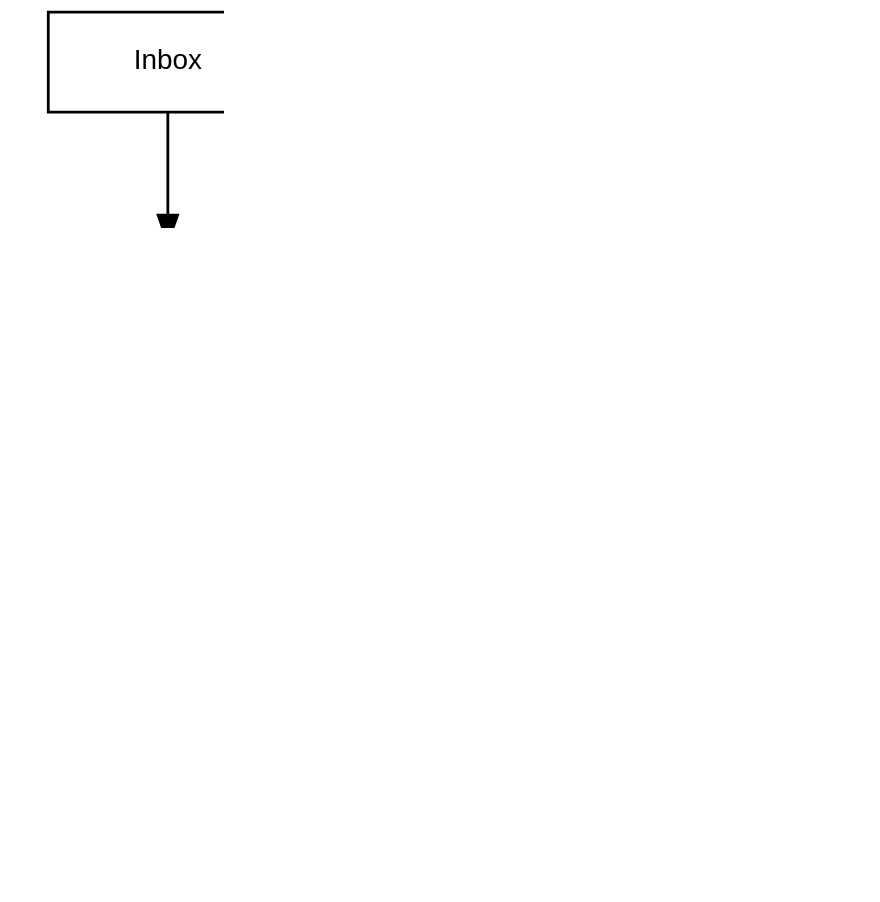
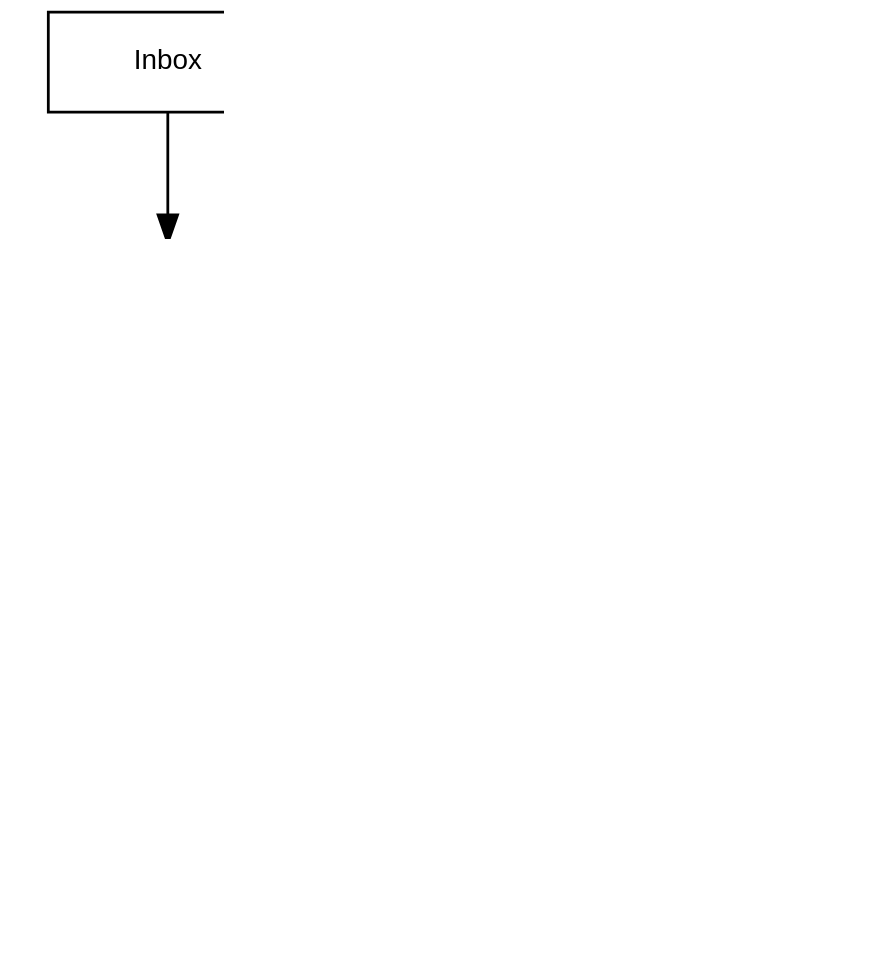
The diagram in documents/book/08-administration.org (pprevos/emacs-writing-studio), drawn with Graphviz before and after one commit. The commit also changed other lines of this file, not shown here.

```diff
--- a/documents/book/08-administration.org
+++ b/documents/book/08-administration.org
@@ -29,26 +169,28 @@
 #+begin_src dot :file images/todo-workflow.png
   digraph {
-	  graph [dpi=300]
-  node [fontname=Arial fontsize=10]
-  edge [fontname=Arial fontsize=10]
-  inbox [shape=note label="Inbox"  width=1.2]
-  action [shape=diamond label="Take\naction?" width=1.5]
-  two [shape=diamond width=1.2 label="> 2\nminutes?"]
-  archive[shape=diamond width=1.2 label="Archive?"]
-  do [label="Do it!" shape=hexagon width =1.2 style=filled]
-  trash [shape=cylinder label="Trash"]
-  denote [shape=folder label="Add to\nDenote" width=1.2]
-  todo [shape=note label="Add to todo list" width=1.2]
-  inbox -> action
-  action -> two [label=Yes]
-  action -> archive [constraint=FALSE label=No]
-  archive -> trash [label=No constraint=FALSE]
-  two -> do [constraint=FALSE label=No]
-  do -> archive
-  archive -> denote [label=Yes]
-  two -> todo [label=Yes]
-  {rank=same two do}
-  {rank=same action archive trash}
-  {rank=same inbox denote}
+    graph [dpi=300]
+    node [fontname=Arial fontsize=10]
+    edge [fontname=Arial fontsize=10]
+    inbox [shape=note label="Inbox"  width=1.2]
+    action [shape=diamond label="Take\naction?" width=1.5]
+    two [shape=diamond width=1.2 label="< two\nminutes?"  width=1.5]
+    archive[shape=diamond width=1.2 label="Archive?"]
+    do [label="Do it" shape=rect width =1.2 style=filled]
+    trash [shape=cylinder label="Trash"]
+    denote [shape=folder label="Add to\nDenote" width=1.2]
+    todo [shape=note label="Add to todo list: \nNext\nSchedule\nDelegate"]
+
+    inbox -> action
+    action -> two [label=Yes]
+    action -> archive [constraint=FALSE label=No]
+    archive -> trash [label=No constraint=FALSE]
+    two -> do [constraint=FALSE label=No]
+    do -> archive
+    archive -> denote [label=Yes]
+    two -> todo [label=Yes]
+
+    {rank=same two do}
+    {rank=same action archive trash}
+    {rank=same inbox denote}
   }
 #+end_src
```
